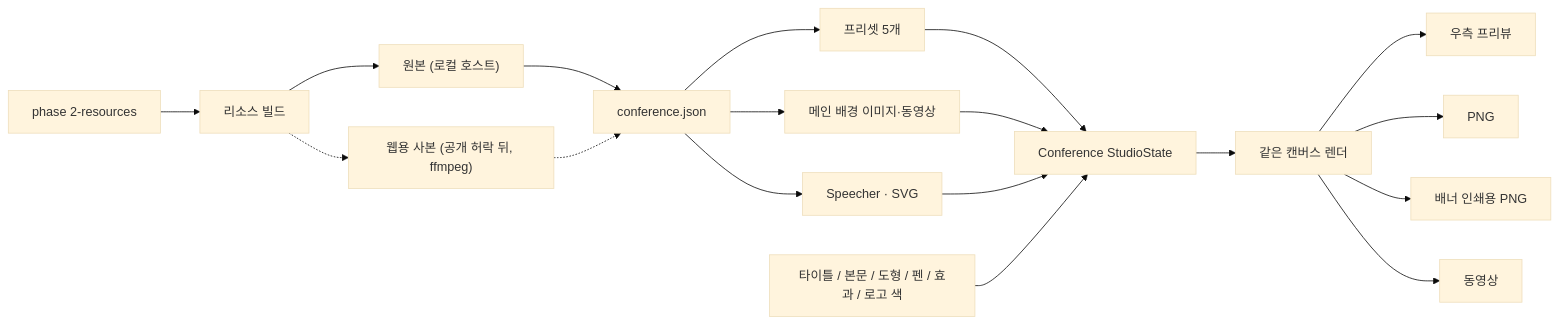
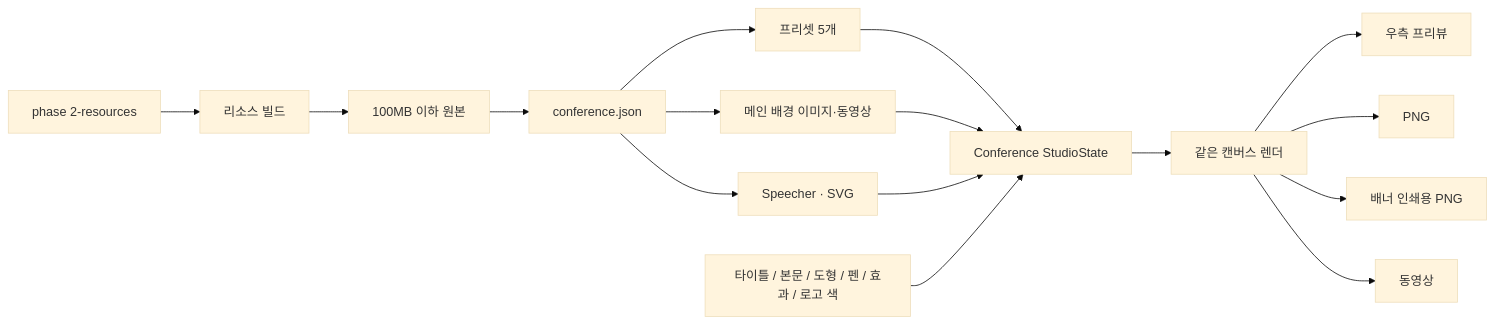
One commit to woongs2021/AX-DESIGN-TOOL changed the diagram in docs/phase-2-conference-studio.md. Above: the diagram before and after it, drawn with Mermaid (base theme). The commit also changed other lines of this file and 9 other files, not shown here.

````diff
--- a/docs/phase-2-conference-studio.md
+++ b/docs/phase-2-conference-studio.md
@@ -233,20 +233,18 @@
 ```mermaid
 flowchart LR
   resources["phase 2-resources"] --> build["리소스 빌드"]
-  build --> original["원본 (로컬 호스트)"]
-  build -.-> web["웹용 사본 (공개 허락 뒤, ffmpeg)"]
+  build --> original["100MB 이하 원본"]
   original --> json["conference.json"]
-  web -.-> json
   json --> presets["프리셋 5개"]
   json --> bg["메인 배경 이미지·동영상"]
   json --> assets["Speecher · SVG"]
   presets --> state["Conference StudioState"]
   bg --> state
   assets --> state
   inputs["타이틀 / 본문 / 도형 / 펜 / 효과 / 로고 색"] --> state
   state --> render["같은 캔버스 렌더"]
   render --> preview["우측 프리뷰"]
   render --> png["PNG"]
   render --> print["배너 인쇄용 PNG"]
   render --> video["동영상"]
 ```
````
